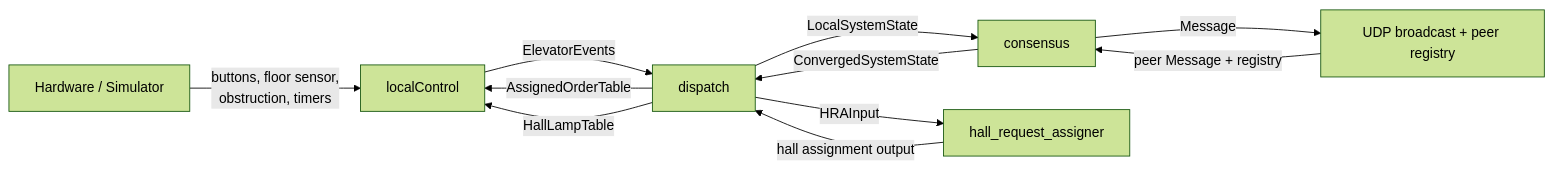
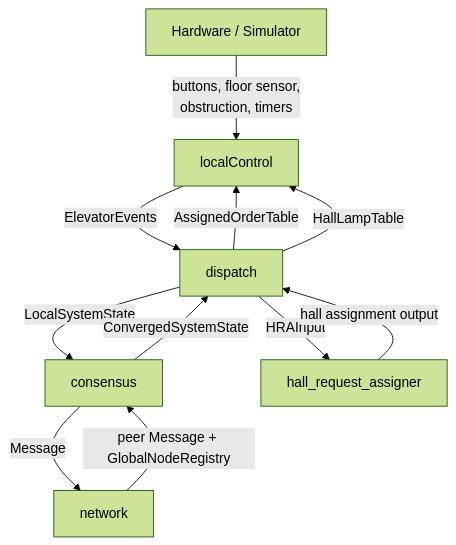
The diagram in README.md (JesperVigtel/TTK4145_Sanntid), drawn with Mermaid (forest theme) before and after one commit. The commit also changed other lines of this file, not shown here.

````diff
--- a/README.md
+++ b/README.md
@@ -59,20 +76,20 @@
 ```mermaid
-flowchart LR
+flowchart TD
     HW["Hardware / Simulator"]
     LC["localControl"]
     DIS["dispatch"]
     CON["consensus"]
-    NET["UDP broadcast + peer registry"]
     HRA["hall_request_assigner"]
+    NET["network"]
 
     HW -->|"buttons, floor sensor,\nobstruction, timers"| LC
     LC -->|"ElevatorEvents"| DIS
     DIS -->|"LocalSystemState"| CON
     CON -->|"ConvergedSystemState"| DIS
     DIS -->|"HRAInput"| HRA
     HRA -->|"hall assignment output"| DIS
     DIS -->|"AssignedOrderTable"| LC
     DIS -->|"HallLampTable"| LC
     CON -->|"Message"| NET
-    NET -->|"peer Message + registry"| CON
+    NET -->|"peer Message + GlobalNodeRegistry"| CON
 ```
````
